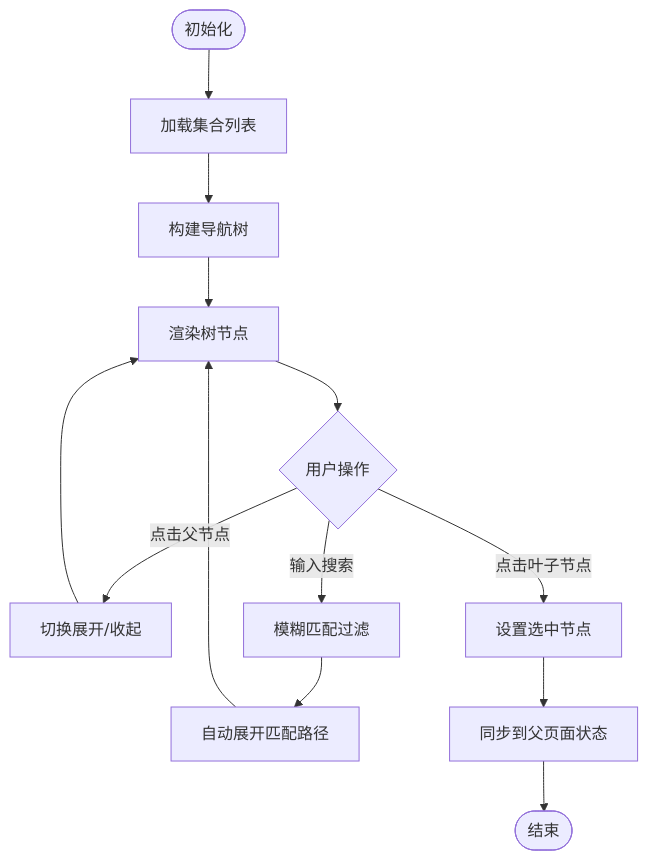
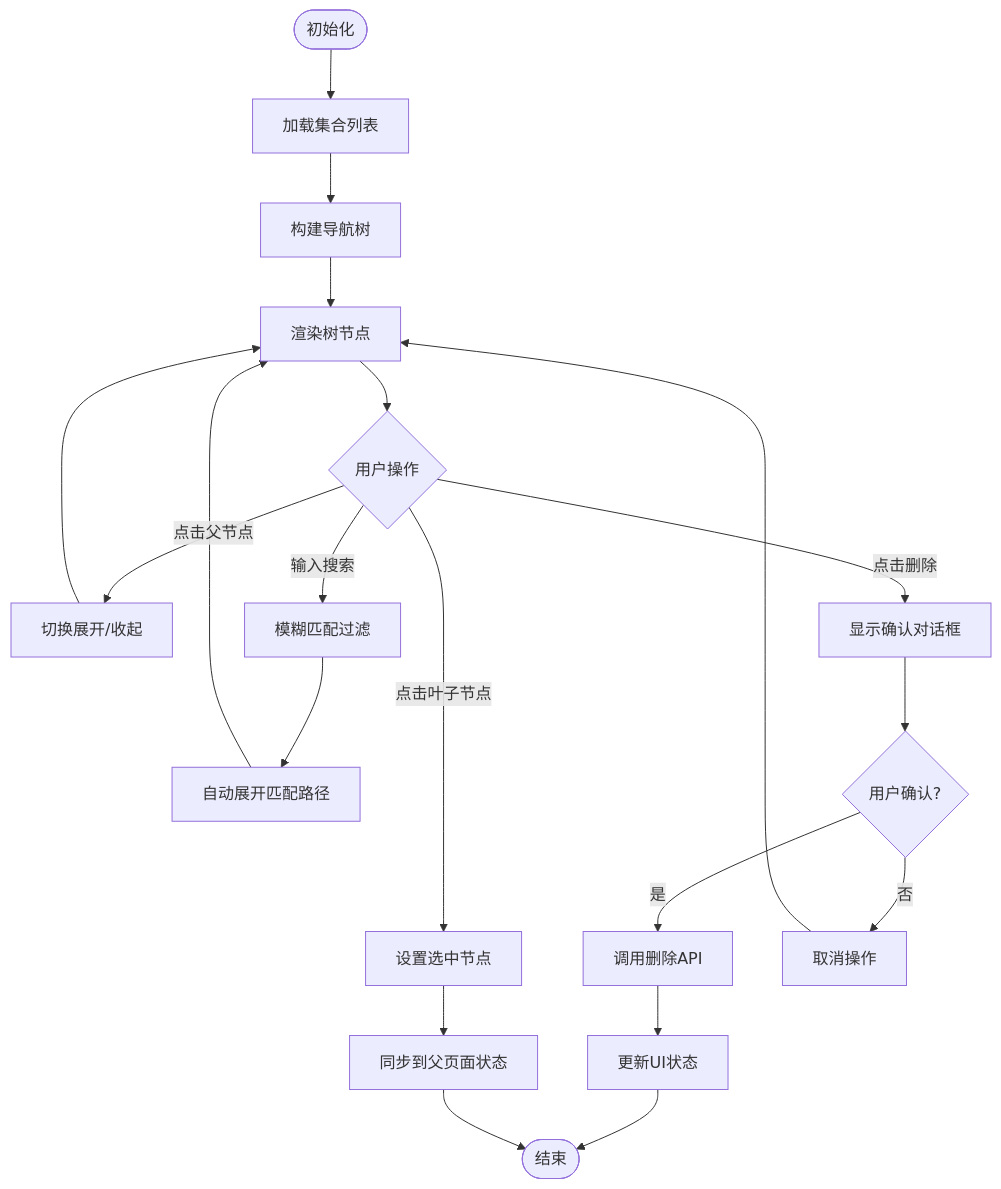
One commit to wangzihao64/RAG_Front changed the third of 4 diagrams in .qoder/repowiki/zh/content/知识库管理/知识库侧边栏组件.md. Above: the diagram before and after it, drawn with Mermaid. The commit also changed other lines of this file and 29 other files, not shown here.

````diff
--- a/.qoder/repowiki/zh/content/知识库管理/知识库侧边栏组件.md
+++ b/.qoder/repowiki/zh/content/知识库管理/知识库侧边栏组件.md
@@ -160,15 +181,22 @@
 ```mermaid
 flowchart TD
 Start(["初始化"]) --> LoadCollections["加载集合列表"]
 LoadCollections --> BuildTree["构建导航树"]
 BuildTree --> Render["渲染树节点"]
 Render --> UserAction{"用户操作"}
 UserAction --> |点击父节点| ToggleExpand["切换展开/收起"]
 UserAction --> |点击叶子节点| SelectNode["设置选中节点"]
 UserAction --> |输入搜索| SearchFilter["模糊匹配过滤"]
+UserAction --> |点击删除| ShowConfirm["显示确认对话框"]
 SearchFilter --> AutoExpand["自动展开匹配路径"]
 SelectNode --> SyncState["同步到父页面状态"]
+ShowConfirm --> ConfirmDelete{"用户确认?"}
+ConfirmDelete --> |是| DeleteAPI["调用删除API"]
+ConfirmDelete --> |否| Cancel["取消操作"]
+DeleteAPI --> UpdateUI["更新UI状态"]
+UpdateUI --> End(["结束"])
 ToggleExpand --> Render
 AutoExpand --> Render
-SyncState --> End(["结束"])
+SyncState --> End
+Cancel --> Render
 ```
````
